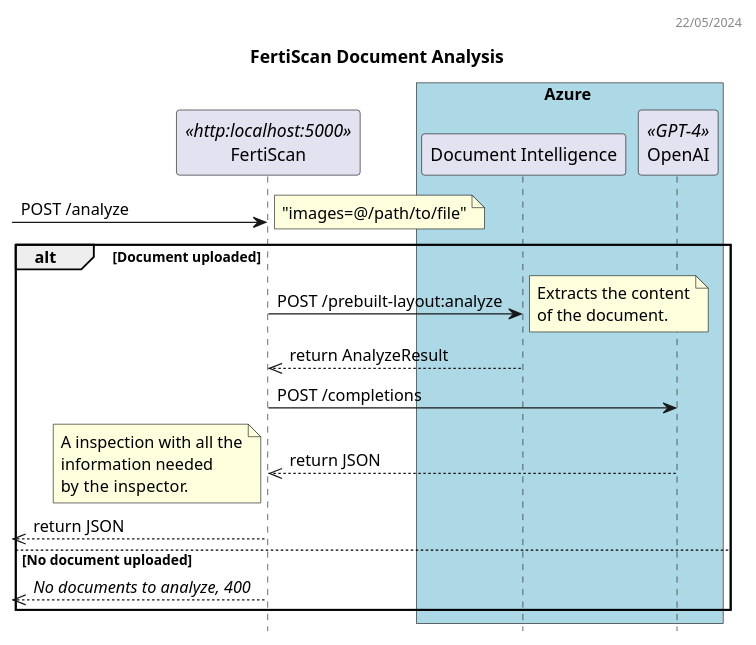
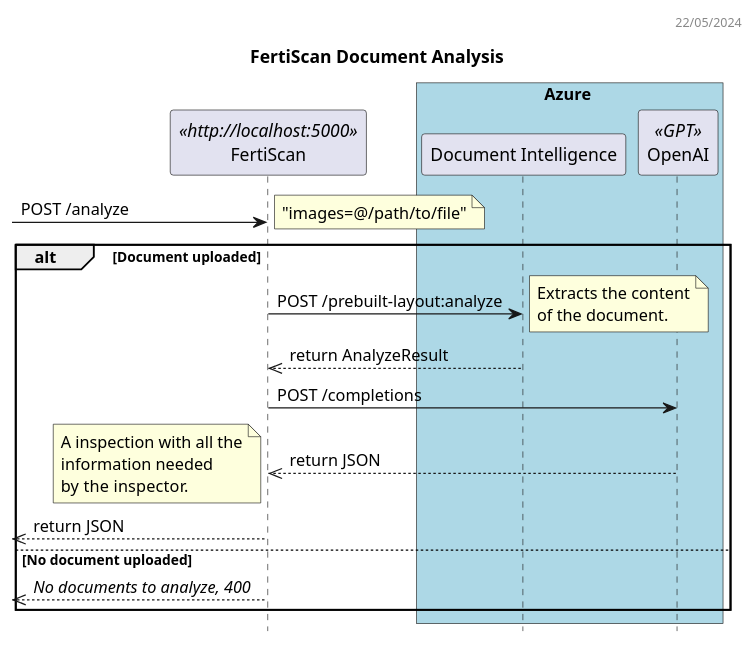
One commit to ai-cfia/fertiscan-backend changed the diagram in docs/plantuml/analyze_dss.puml. Above: the diagram before and after it, drawn with PlantUML. The commit also changed 12 other files, not shown here.

Commit message:
Update README and PlantUML diagrams; remove obsolete inspection endpoints and add FertiScan pipeline details

```diff
--- a/docs/plantuml/analyze_dss.puml
+++ b/docs/plantuml/analyze_dss.puml
@@ -1,38 +1,38 @@
 @startuml Analyze DSS
 header 22/05/2024
 
 title FertiScan Document Analysis
 hide empty members
 hide footbox
 
-participant FertiScan as BE <<http:localhost:5000>>
+participant FertiScan as BE <<http://localhost:5000>>
 box Azure #LightBlue
 participant "Document Intelligence" as D
-participant "OpenAI" as O<<GPT-4>>
+participant "OpenAI" as O<<GPT>>
 end box
 
 -> BE: POST /analyze
 note right
     "images=@/path/to/file"
 end note
 alt Document uploaded
 BE -> D: POST /prebuilt-layout:analyze
 note right
 Extracts the content
 of the document.
 end note
 BE <<-- D: return AnalyzeResult
 BE -> O: POST /completions
 BE <<-- O: return JSON
 note left
 A inspection with all the
 information needed
 by the inspector.
 end note
 <<-- BE: return JSON
 else No document uploaded
 <<-- BE: //No documents to analyze, 400// 
 end
 
 
 @enduml
```
